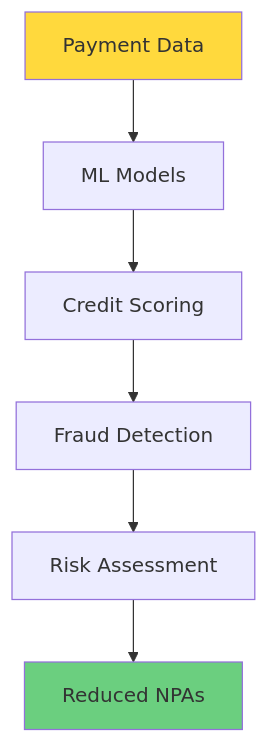
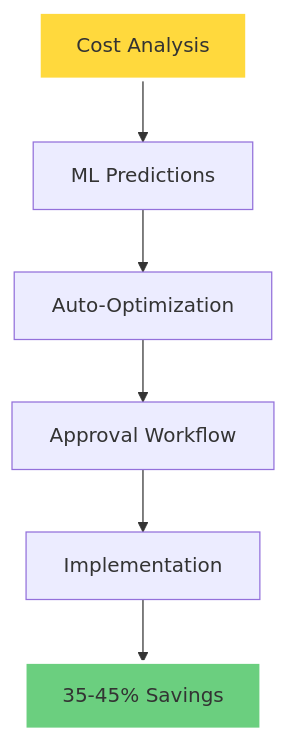
The fourth of 6 diagrams in README.md (Ravitejas1596/Ravitejas1596), drawn with Mermaid before and after one commit. The commit also changed other lines of this file, not shown here.

````diff
--- a/README.md
+++ b/README.md
@@ -186,11 +212,11 @@
 ```mermaid
 graph TD
-    A[Payment Data] --> B[ML Models]
-    B --> C[Credit Scoring]
-    C --> D[Fraud Detection]
-    D --> E[Risk Assessment]
-    E --> F[Reduced NPAs]
+    A[Cost Analysis] --> B[ML Predictions]
+    B --> C[Auto-Optimization]
+    C --> D[Approval Workflow]
+    D --> E[Implementation]
+    E --> F[35-45% Savings]
     
-    style A fill:#FFD93D
-    style F fill:#6BCF7F
+    style A fill:#FFD93D,stroke:#fff,stroke-width:3px
+    style F fill:#6BCF7F,stroke:#fff,stroke-width:3px
 ```
````
